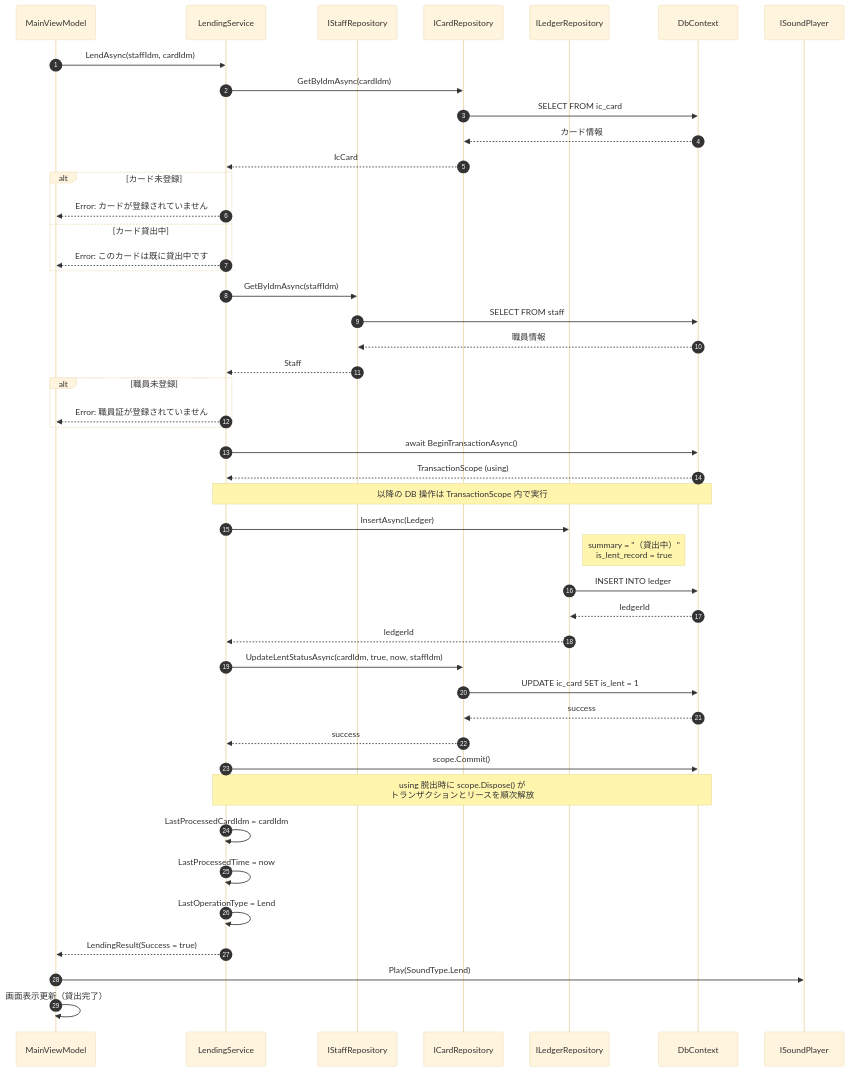
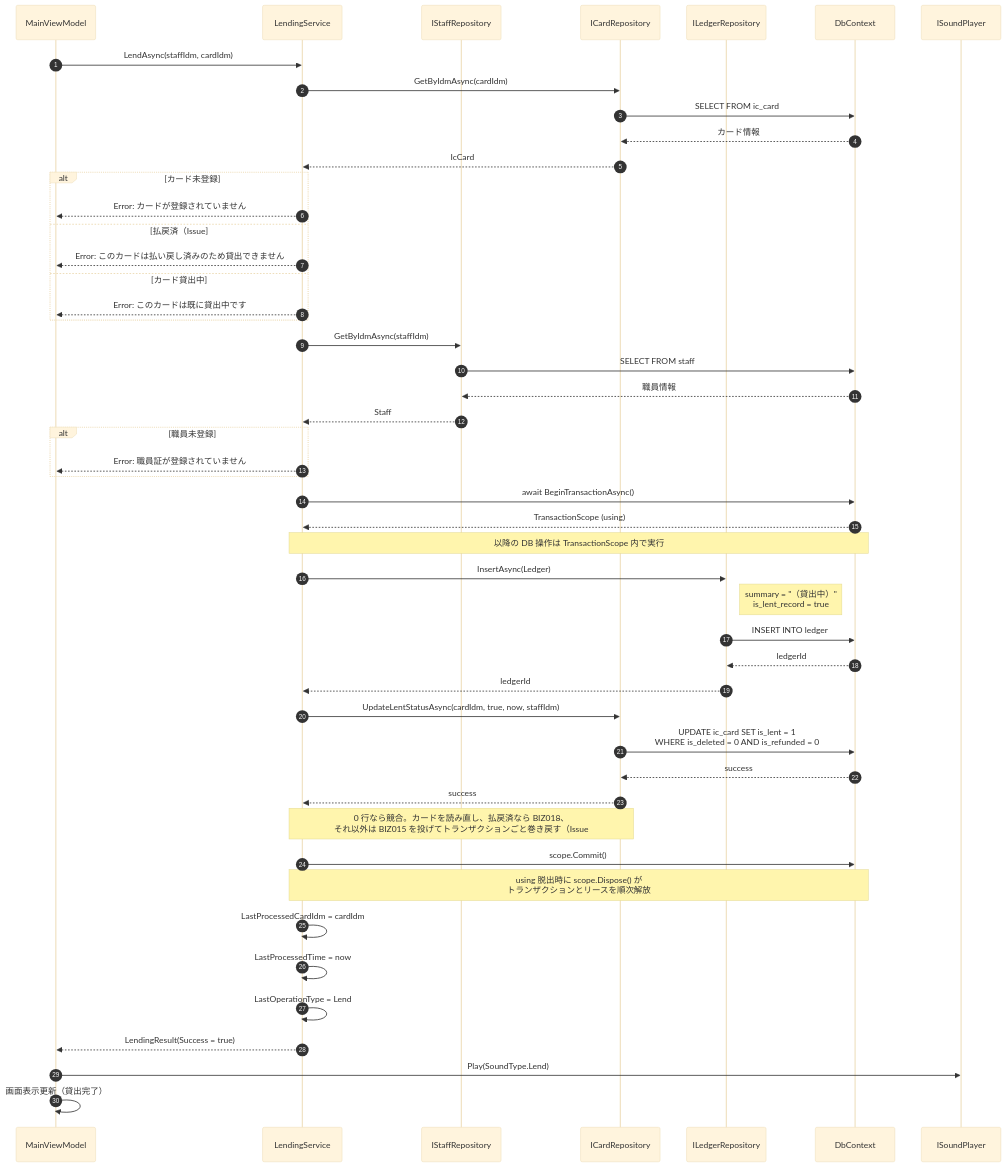
One commit to kuwayamamasayuki/ICCardManager changed the second of 15 diagrams in ICCardManager/docs/design/06_シーケンス図.md. Above: the diagram before and after it, drawn with Mermaid (base theme). The commit also changed 10 other files, not shown here.

````diff
--- a/ICCardManager/docs/design/06_シーケンス図.md
+++ b/ICCardManager/docs/design/06_シーケンス図.md
@@ -97,60 +97,63 @@
 ```mermaid
 sequenceDiagram
     autonumber
     participant VM as MainViewModel
     participant LS as LendingService
     participant SR as IStaffRepository
     participant CR as ICardRepository
     participant LR as ILedgerRepository
     participant DB as DbContext
     participant Sound as ISoundPlayer
 
     VM->>LS: LendAsync(staffIdm, cardIdm)
 
     LS->>CR: GetByIdmAsync(cardIdm)
     CR->>DB: SELECT FROM ic_card
     DB-->>CR: カード情報
     CR-->>LS: IcCard
 
     alt カード未登録
         LS-->>VM: Error: カードが登録されていません
+    else 払戻済（Issue #2322）
+        LS-->>VM: Error: このカードは払い戻し済みのため貸出できません
     else カード貸出中
         LS-->>VM: Error: このカードは既に貸出中です
     end
 
     LS->>SR: GetByIdmAsync(staffIdm)
     SR->>DB: SELECT FROM staff
     DB-->>SR: 職員情報
     SR-->>LS: Staff
 
     alt 職員未登録
         LS-->>VM: Error: 職員証が登録されていません
     end
 
     LS->>DB: await BeginTransactionAsync()
     DB-->>LS: TransactionScope (using)
     Note over LS,DB: 以降の DB 操作は TransactionScope 内で実行
 
     LS->>LR: InsertAsync(Ledger)
     Note right of LR: summary = "（貸出中）"<br/>is_lent_record = true
     LR->>DB: INSERT INTO ledger
     DB-->>LR: ledgerId
     LR-->>LS: ledgerId
 
     LS->>CR: UpdateLentStatusAsync(cardIdm, true, now, staffIdm)
-    CR->>DB: UPDATE ic_card SET is_lent = 1
+    CR->>DB: UPDATE ic_card SET is_lent = 1<br/>WHERE is_deleted = 0 AND is_refunded = 0
     DB-->>CR: success
     CR-->>LS: success
+    Note over LS,CR: 0 行なら競合。カードを読み直し、払戻済なら BIZ018、<br/>それ以外は BIZ015 を投げてトランザクションごと巻き戻す（Issue #1953 / #2322）
 
     LS->>DB: scope.Commit()
     Note over LS,DB: using 脱出時に scope.Dispose() が<br/>トランザクションとリースを順次解放
 
     LS->>LS: LastProcessedCardIdm = cardIdm
     LS->>LS: LastProcessedTime = now
     LS->>LS: LastOperationType = Lend
 
     LS-->>VM: LendingResult(Success = true)
 
     VM->>Sound: Play(SoundType.Lend)
     VM->>VM: 画面表示更新（貸出完了）
 ```
````
